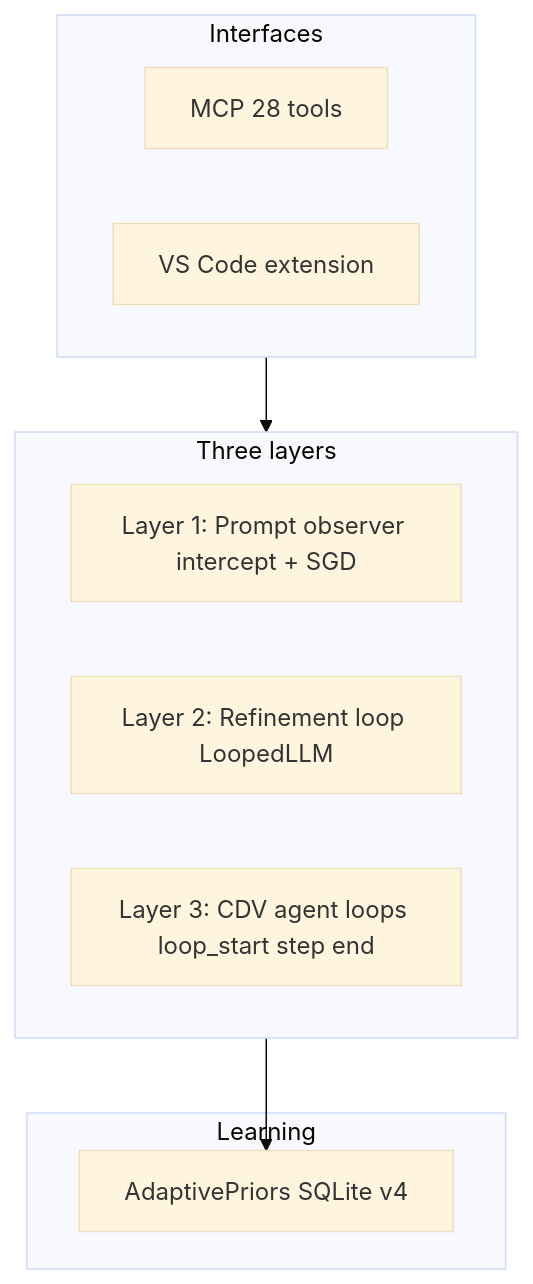
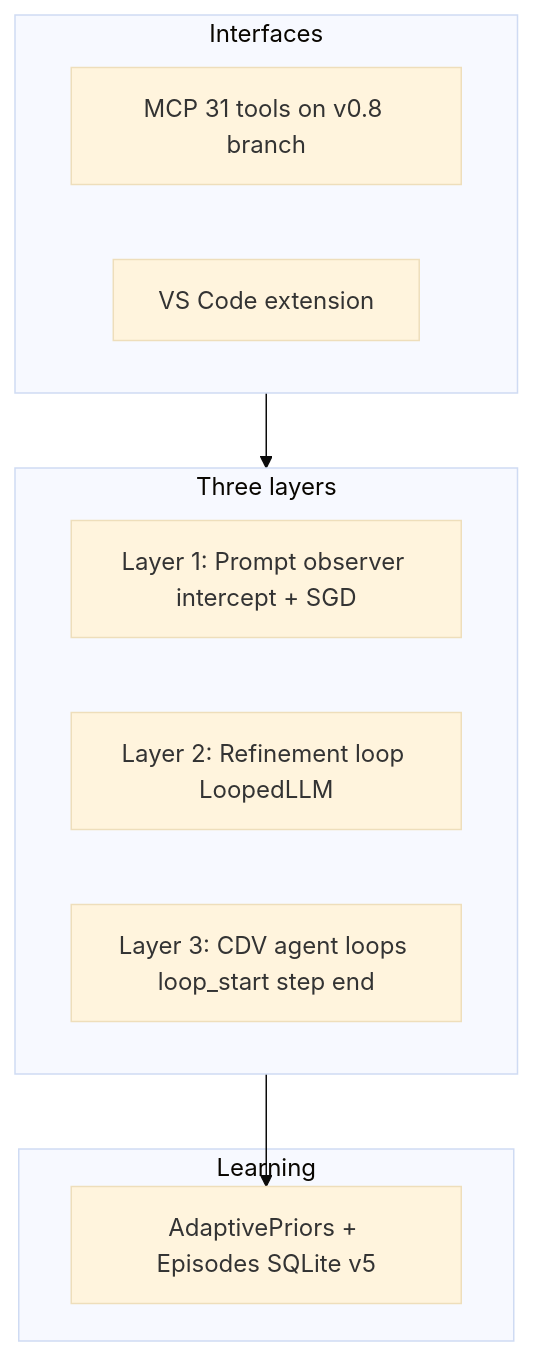
One commit to azank1/loop-llm changed the diagram in README.md. Above: the diagram before and after it, drawn with Mermaid (base theme). The commit also changed other lines of this file and 17 other files, not shown here.

````diff
--- a/README.md
+++ b/README.md
@@ -37,17 +65,17 @@
 ```mermaid
 flowchart TB
   subgraph interfaces [Interfaces]
-    MCP[MCP 28 tools]
+    MCP[MCP 31 tools on v0.8 branch]
     Ext[VS Code extension]
   end
   subgraph layers [Three layers]
     L1[Layer 1: Prompt observer intercept + SGD]
     L2[Layer 2: Refinement loop LoopedLLM]
     L3[Layer 3: CDV agent loops loop_start step end]
   end
   subgraph learn [Learning]
-    Priors[AdaptivePriors SQLite v4]
+    Priors[AdaptivePriors + Episodes SQLite v5]
   end
   interfaces --> layers
   layers --> Priors
 ```
````
